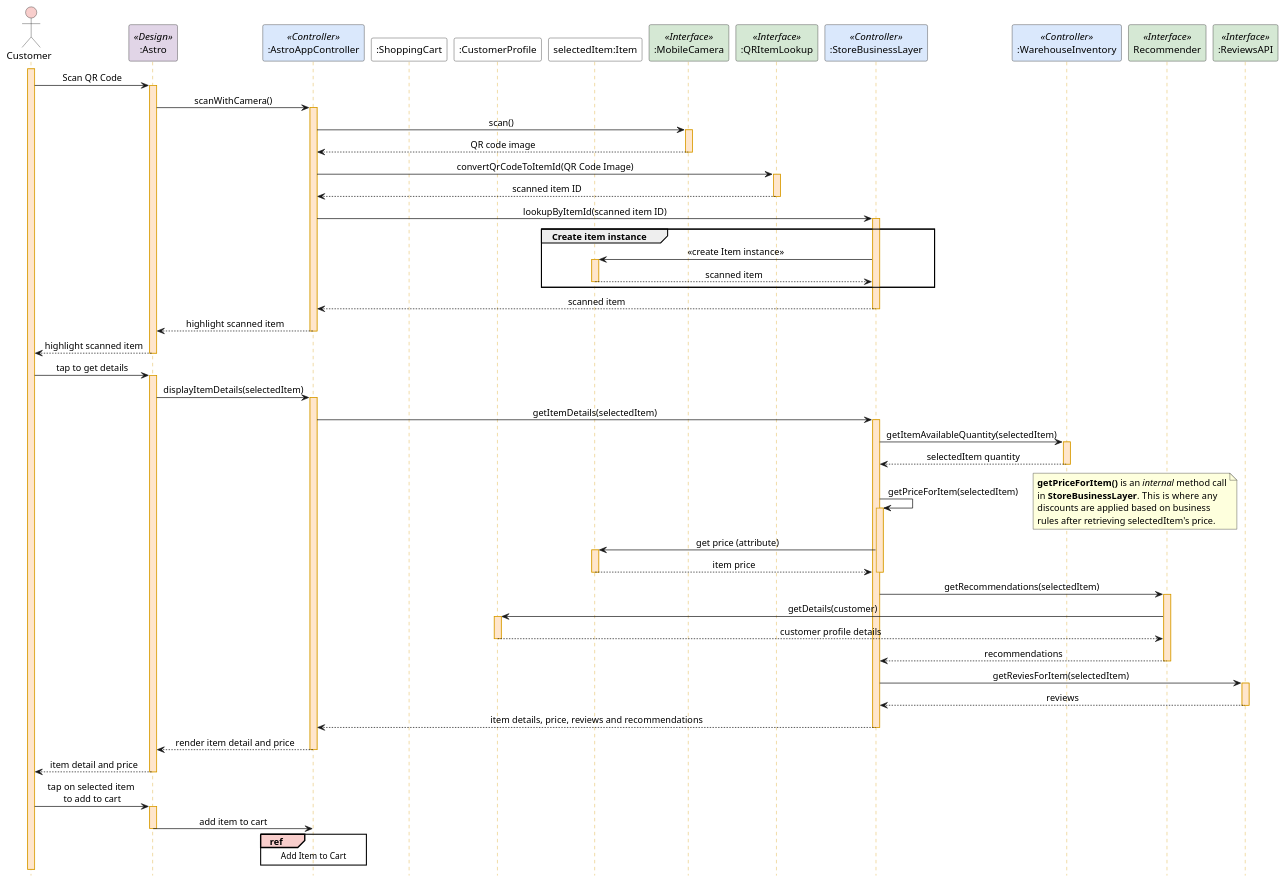
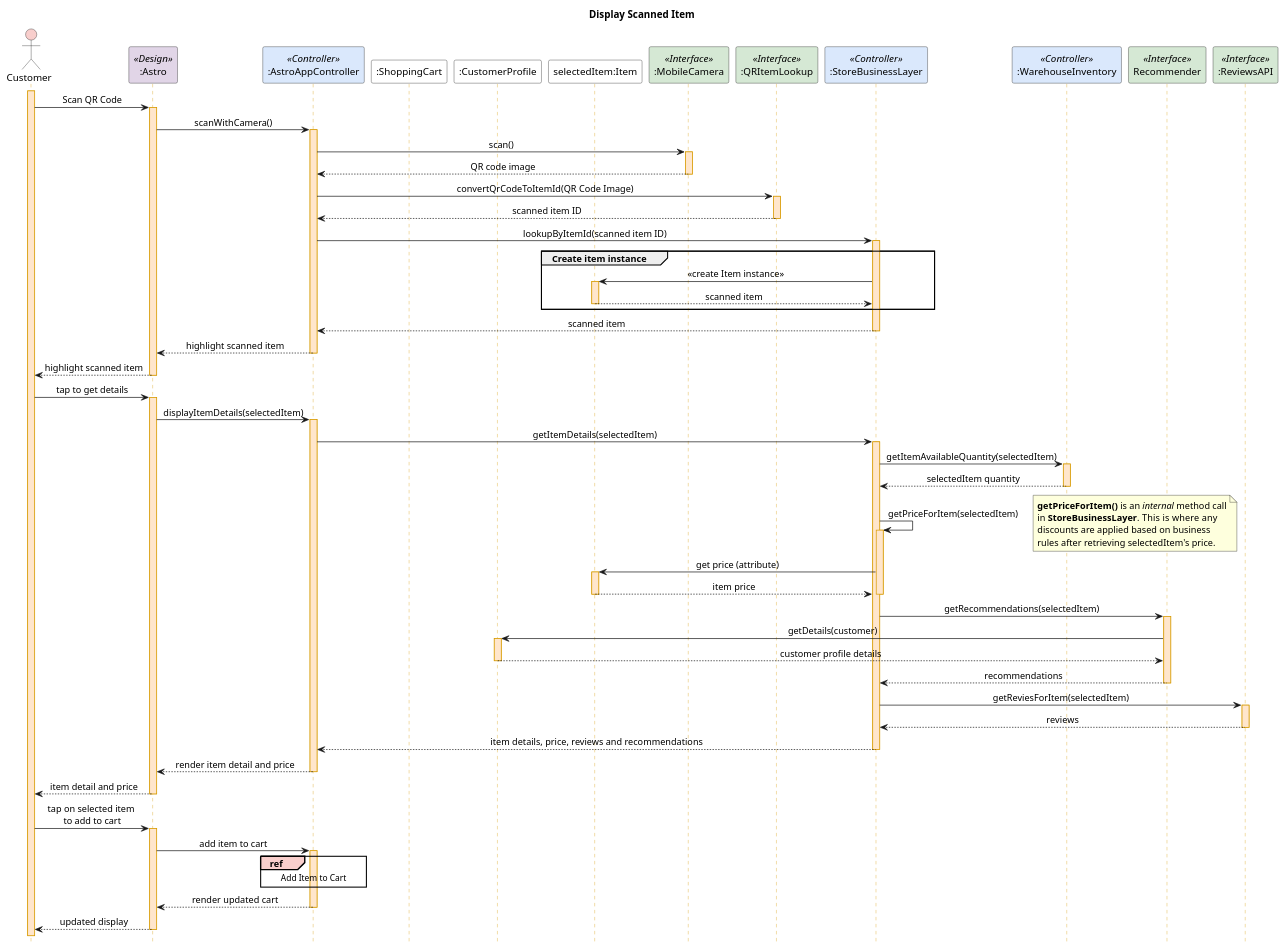
One commit to dalegaspi/bu-ms-s7-tp changed the diagram in doc/scan-item.puml. Above: the diagram before and after it, drawn with PlantUML. The commit also changed 1 other file, not shown here.

```diff
--- a/doc/scan-item.puml
+++ b/doc/scan-item.puml
@@ -1,67 +1,70 @@
 @startuml
 'https://plantuml.com/sequence-diagram
+title Display Scanned Item
 hide footbox
 skinparam sequenceMessageAlign center
 skinparam sequence {
 LifeLineBorderColor #D79B00
 LifeLineBackgroundColor #FFE6CC
 }
 actor Customer as customer #F8CECC
 participant ":Astro" as astro <<Design>> #E1D5E7
 participant ":AstroAppController" as appController <<Controller>> #DAE8FC
 participant ":ShoppingCart" as cart #FFFFFF
 participant ":CustomerProfile" as profile #FFFFFF
 participant "selectedItem:Item" as selectedItem #FFFFFF
 participant ":MobileCamera" as camera <<Interface>> #D5E8D4
 participant ":QRItemLookup" as qrLookup <<Interface>> #D5E8D4
 participant ":StoreBusinessLayer" as store <<Controller>> #DAE8FC
 participant ":WarehouseInventory" as warehouse <<Controller>> #DAE8FC
 participant "Recommender" as recommender <<Interface>>#D5E8D4
 participant ":ReviewsAPI" as reviewsApi <<Interface>> #D5E8D4
 'autonumber
 autoactivate On
 activate customer
 customer -> astro: Scan QR Code
 astro -> appController: scanWithCamera()
 appController -> camera: scan()
 return QR code image
 appController -> qrLookup: convertQrCodeToItemId(QR Code Image)
 return scanned item ID
 appController -> store: lookupByItemId(scanned item ID)
 group Create item instance
     store -> selectedItem: << create Item instance >>
     return scanned item
 end
 return scanned item
 return highlight scanned item
 return highlight scanned item
 customer -> astro: tap to get details
 astro -> appController: displayItemDetails(selectedItem)
 appController -> store: getItemDetails(selectedItem)
 store -> warehouse: getItemAvailableQuantity(selectedItem)
 return selectedItem quantity
 store -> store: getPriceForItem(selectedItem)
 note right
-**getPriceForItem()** is an //internal// method call
-in **StoreBusinessLayer**.  This is where any
-discounts are applied based on business
-rules after retrieving selectedItem's price.
+    **getPriceForItem()** is an //internal// method call
+    in **StoreBusinessLayer**.  This is where any
+    discounts are applied based on business
+    rules after retrieving selectedItem's price.
 end note
 store -> selectedItem: get price (attribute)
 return item price
 deactivate
 store -> recommender: getRecommendations(selectedItem)
 recommender -> profile: getDetails(customer)
 return customer profile details
 return recommendations
 store -> reviewsApi: getReviesForItem(selectedItem)
 return reviews
 return item details, price, reviews and recommendations
 return render item detail and price
 return item detail and price
 customer -> astro: tap on selected item \nto add to cart
-astro -> appController--: add item to cart
+astro -> appController: add item to cart
 ref#F8CECC over appController
 Add Item to Cart
 end ref
+return render updated cart
+return updated display
 @enduml
```
